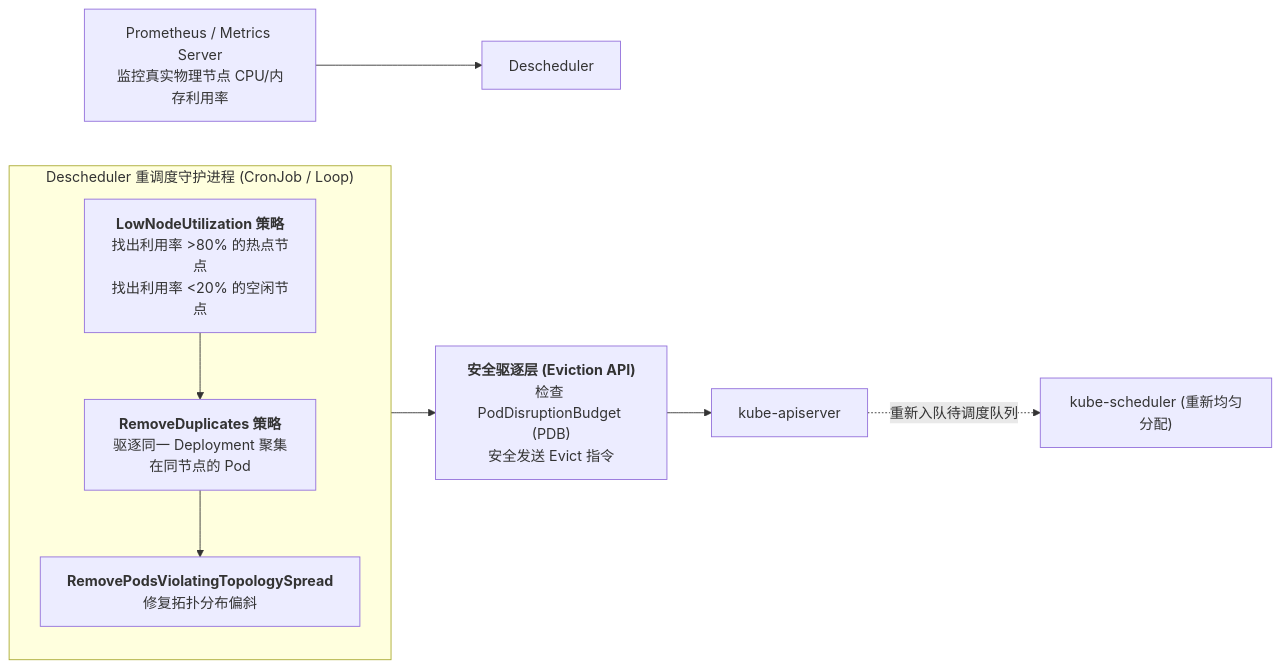
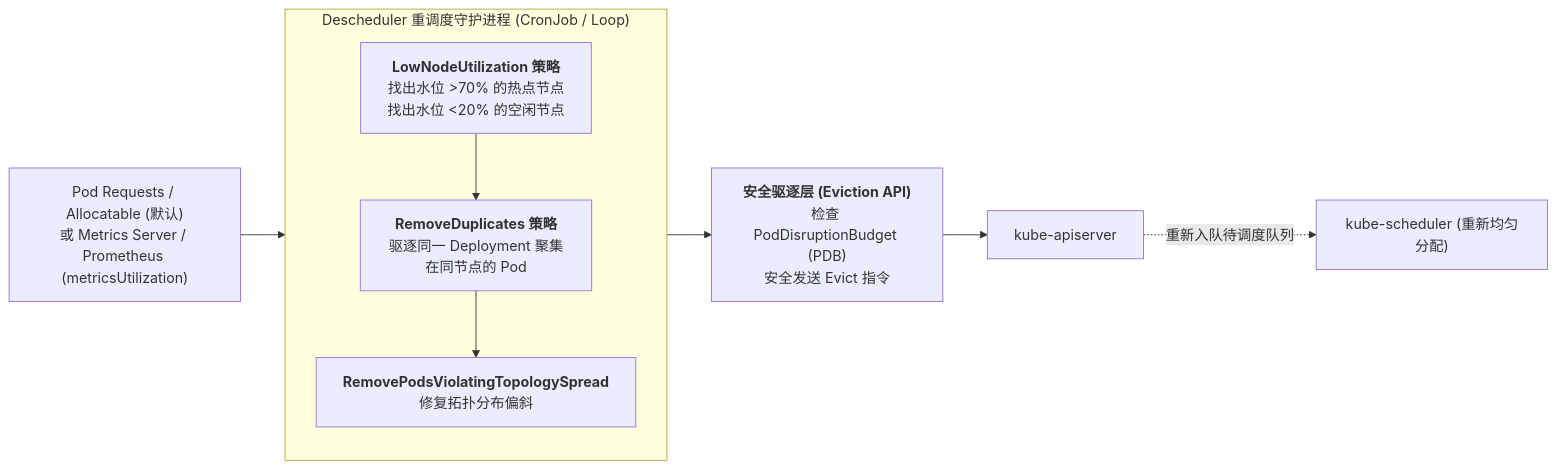
The second of 2 diagrams in content/zh/articles/k8s-scheduling-framework-custom-plugin-gang-scheduling.md (ifnodoraemon/ifnodoraemon.github.io), drawn with Mermaid before and after one commit. The commit also changed other lines of this file and 171 other files, not shown here.

````diff
--- a/content/zh/articles/k8s-scheduling-framework-custom-plugin-gang-scheduling.md
+++ b/content/zh/articles/k8s-scheduling-framework-custom-plugin-gang-scheduling.md
@@ -251,16 +267,16 @@
 ```mermaid
 flowchart LR
-    Prometheus["Prometheus / Metrics Server<br/>监控真实物理节点 CPU/内存利用率"] --> Descheduler
+    MetricsSource["Pod Requests / Allocatable (默认)<br/>或 Metrics Server / Prometheus (metricsUtilization)"] --> DeschedulerEngine
 
     subgraph DeschedulerEngine["Descheduler 重调度守护进程 (CronJob / Loop)"]
         direction TB
-        Strat1["<b>LowNodeUtilization 策略</b><br/>找出利用率 >80% 的热点节点<br/>找出利用率 <20% 的空闲节点"]
+        Strat1["<b>LowNodeUtilization 策略</b><br/>找出水位 >70% 的热点节点<br/>找出水位 <20% 的空闲节点"]
         Strat2["<b>RemoveDuplicates 策略</b><br/>驱逐同一 Deployment 聚集在同节点的 Pod"]
         Strat3["<b>RemovePodsViolatingTopologySpread</b><br/>修复拓扑分布偏斜"]
         Strat1 --> Strat2 --> Strat3
     end
 
     DeschedulerEngine --> SafeEvict["<b>安全驱逐层 (Eviction API)</b><br/>检查 PodDisruptionBudget (PDB)<br/>安全发送 Evict 指令"]
     SafeEvict --> KubeAPIServer["kube-apiserver"]
     KubeAPIServer -.->|"重新入队待调度队列"| CustomScheduler["kube-scheduler (重新均匀分配)"]
 ```
````
